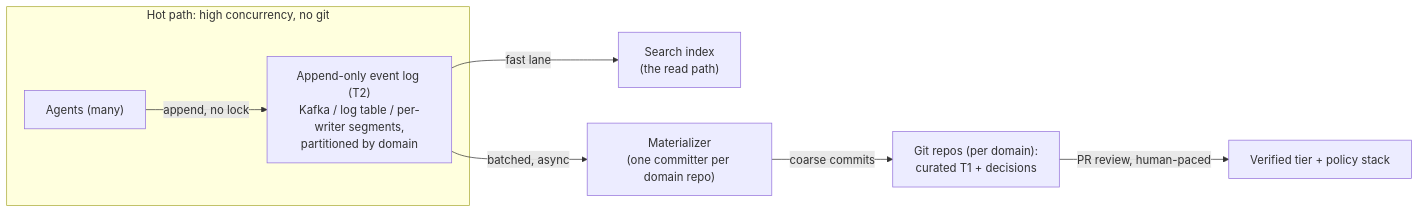
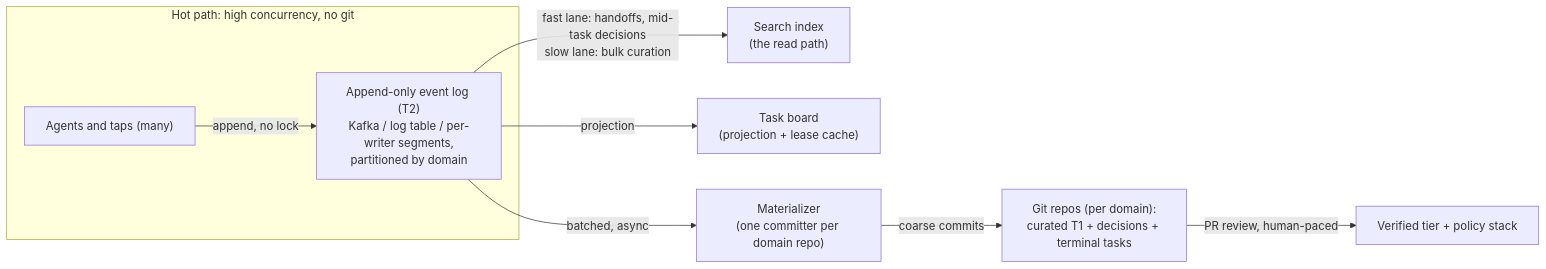
One commit to apache/tooling-memory changed the second of 14 diagrams in docs/durable-memory-for-disposable-agents.md. Above: the diagram before and after it, drawn with Mermaid. The commit also changed other lines of this file and 1 other file, not shown here.

````diff
--- a/docs/durable-memory-for-disposable-agents.md
+++ b/docs/durable-memory-for-disposable-agents.md
@@ -174,10 +178,11 @@
 ```mermaid
 flowchart LR
     subgraph HOT["Hot path: high concurrency, no git"]
-        A1["Agents (many)"] -->|append, no lock| LOG["Append-only event log (T2)<br/>Kafka / log table / per-writer segments,<br/>partitioned by domain"]
+        A1["Agents and taps (many)"] -->|append, no lock| LOG["Append-only event log (T2)<br/>Kafka / log table / per-writer segments,<br/>partitioned by domain"]
     end
-    LOG -->|fast lane| IX["Search index<br/>(the read path)"]
+    LOG -->|"fast lane: handoffs, mid-task decisions<br/>slow lane: bulk curation"| IX["Search index<br/>(the read path)"]
+    LOG -->|projection| BRD["Task board<br/>(projection + lease cache)"]
     LOG -->|batched, async| MAT["Materializer<br/>(one committer per domain repo)"]
-    MAT -->|coarse commits| GIT["Git repos (per domain):<br/>curated T1 + decisions"]
+    MAT -->|coarse commits| GIT["Git repos (per domain):<br/>curated T1 + decisions + terminal tasks"]
     GIT -->|PR review, human-paced| VER["Verified tier + policy stack"]
 ```
````
